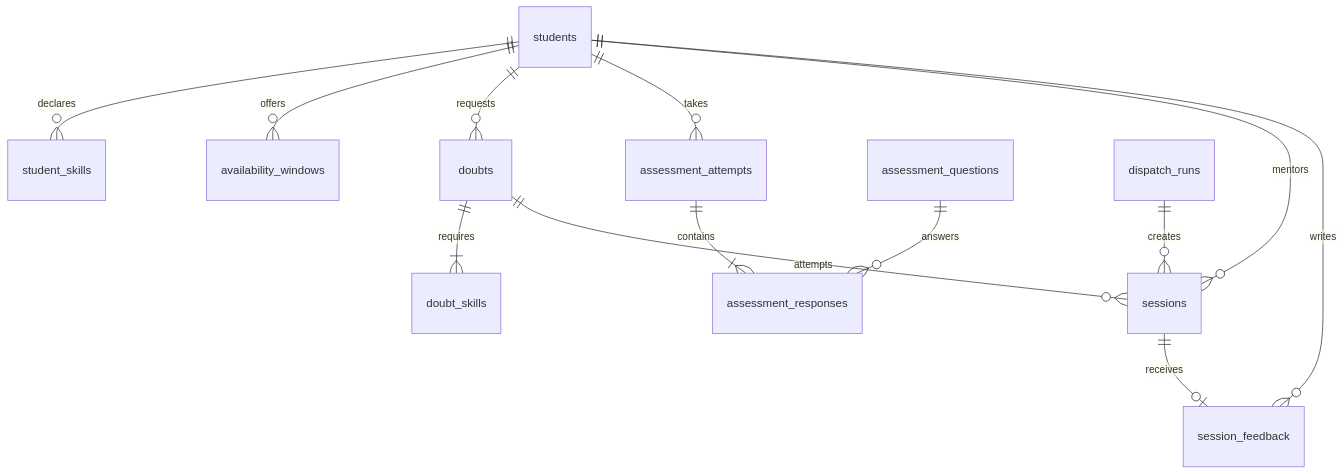
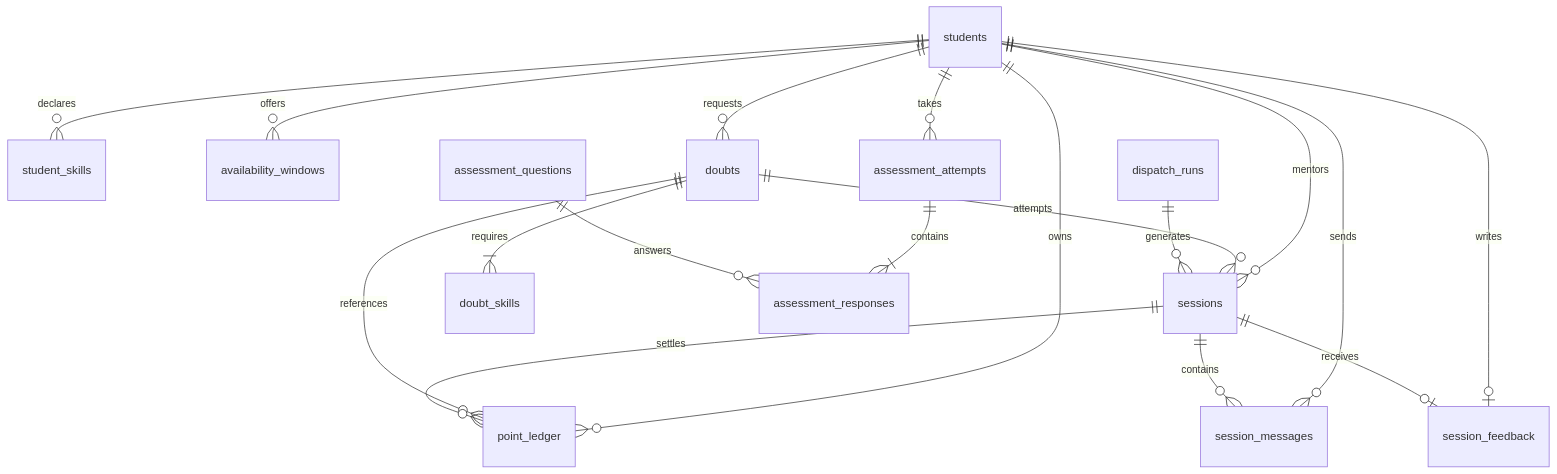
One commit to anveshr312-bit/Triage15 changed the diagram in docs/DATABASE.md. Above: the diagram before and after it, drawn with Mermaid. The commit also changed other lines of this file and 27 other files, not shown here.

````diff
--- a/docs/DATABASE.md
+++ b/docs/DATABASE.md
@@ -24,15 +15,23 @@
 ```mermaid
 erDiagram
     students ||--o{ student_skills : declares
     students ||--o{ availability_windows : offers
     students ||--o{ doubts : requests
+    students ||--o{ point_ledger : owns
+    students ||--o{ assessment_attempts : takes
+    students ||--o{ session_messages : sends
+    students ||--o{ sessions : mentors
+    students ||--o| session_feedback : writes
+
     doubts ||--|{ doubt_skills : requires
-    students ||--o{ assessment_attempts : takes
+    doubts ||--o{ sessions : attempts
+    doubts ||--o{ point_ledger : references
+
     assessment_attempts ||--|{ assessment_responses : contains
     assessment_questions ||--o{ assessment_responses : answers
-    students ||--o{ sessions : mentors
-    doubts ||--o{ sessions : attempts
-    dispatch_runs ||--o{ sessions : creates
+
+    dispatch_runs ||--o{ sessions : generates
     sessions ||--o| session_feedback : receives
-    students ||--o{ session_feedback : writes
+    sessions ||--o{ session_messages : contains
+    sessions ||--o{ point_ledger : settles
 ```
````
